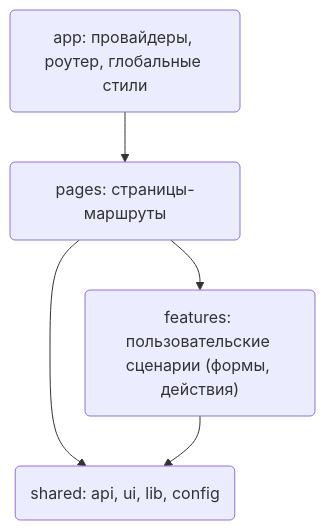
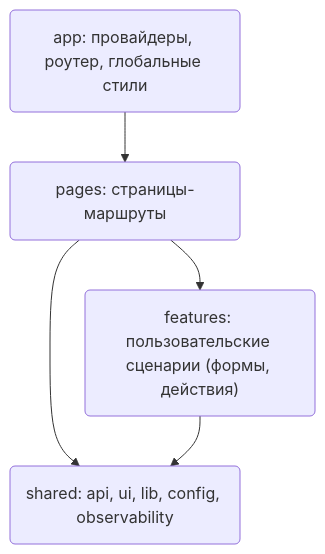
The second of 3 diagrams in frontend/docs/architecture/architecture.md (Daniil-Solo/Saas-Template), drawn with Mermaid before and after one commit. The commit also changed other lines of this file and 63 other files, not shown here.

````diff
--- a/frontend/docs/architecture/architecture.md
+++ b/frontend/docs/architecture/architecture.md
@@ -29,12 +31,12 @@
 ```mermaid
 flowchart TD
     app("app: провайдеры, роутер, глобальные стили")
     pages("pages: страницы-маршруты")
     features("features: пользовательские сценарии (формы, действия)")
-    shared("shared: api, ui, lib, config")
+    shared("shared: api, ui, lib, config, observability")
 
     app --> pages
     pages --> features
     pages --> shared
     features --> shared
 ```
````
